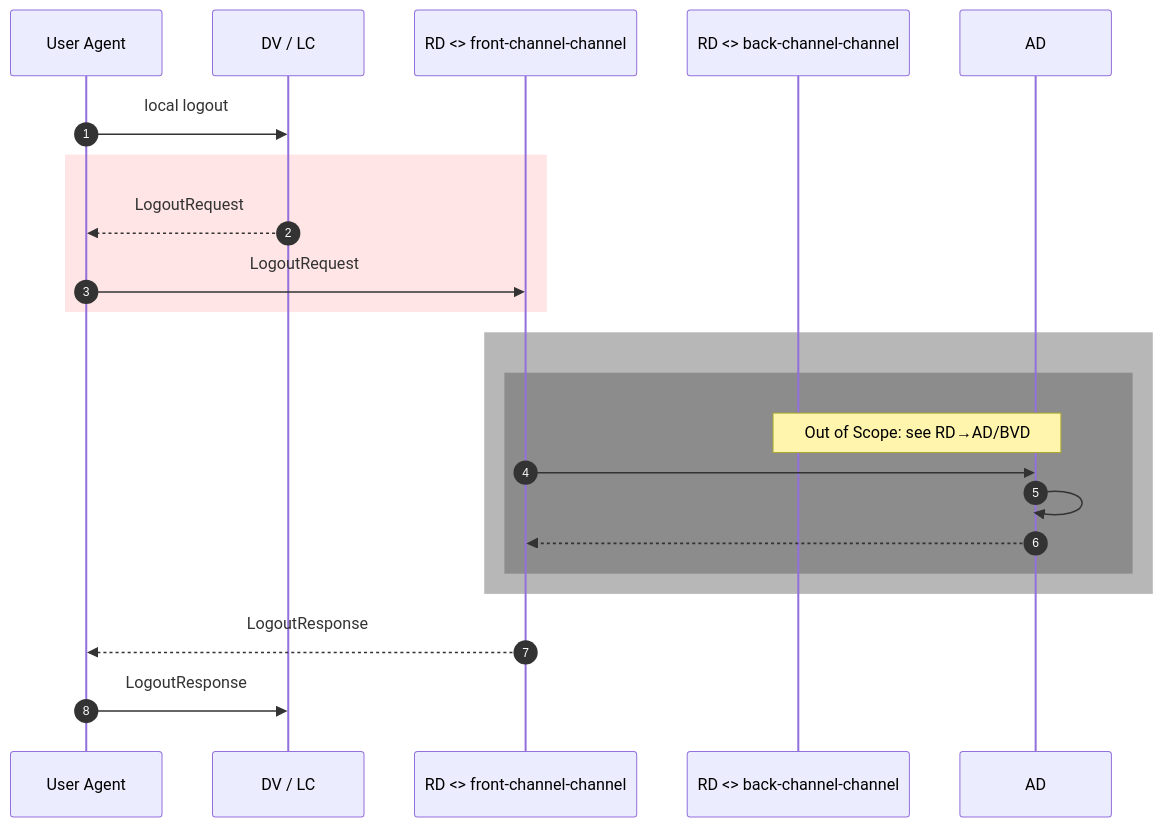
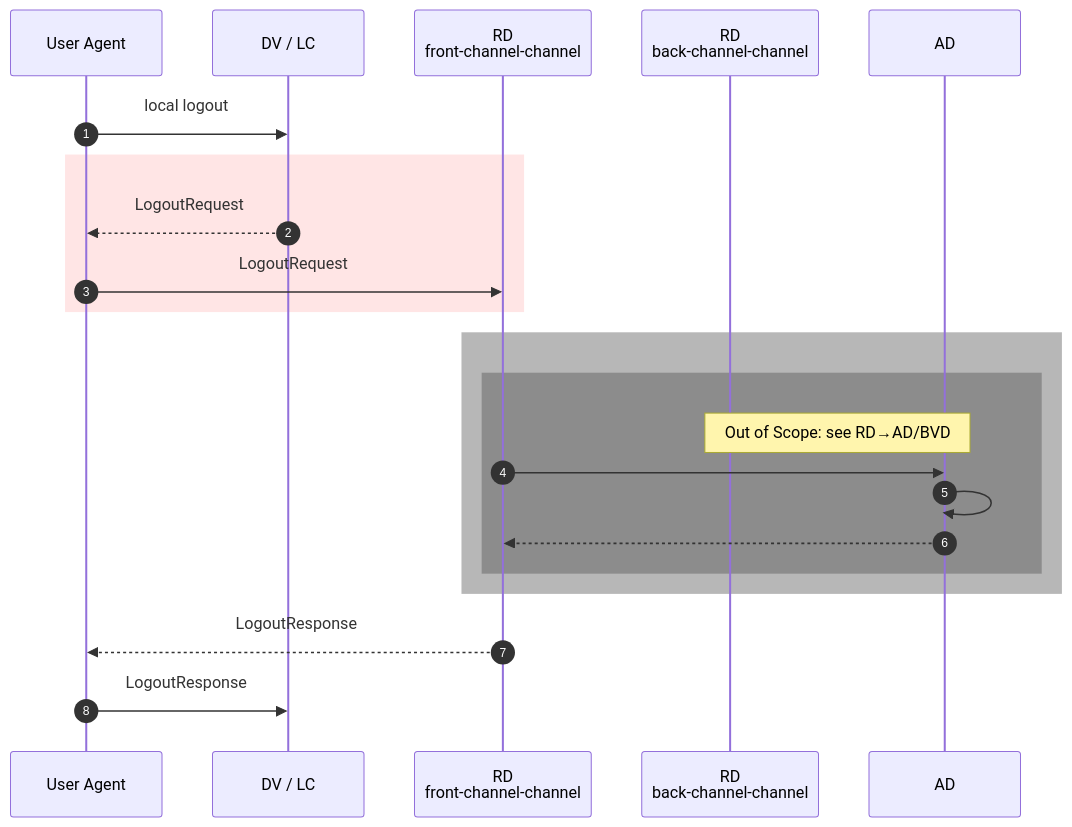
Before and after one commit to Logius-standaarden/st-saml-spec: the diagram in media/logout-request-dv-lc-rd.mermaid, drawn with Mermaid. The commit also changed 12 other files, not shown here.

Commit message:
Beheer: gebruik newlines in Mermaid diagrammen

```diff
--- a/media/logout-request-dv-lc-rd.mermaid
+++ b/media/logout-request-dv-lc-rd.mermaid
@@ -1,26 +1,26 @@
 %%{init: {
     "themeVariables": {"fontSize": "24px"},
     "sequence": {"boxMargin": 20}
 }}%%
 sequenceDiagram
 autonumber
 participant A as User Agent
 participant B as DV / LC
-participant C as RD <> front-channel-channel
-participant D as RD <> back-channel-channel
+participant C as RD <br /> front-channel-channel
+participant D as RD <br /> back-channel-channel
 participant E as AD
 A->>B: local logout
 rect rgba(255,0,0,.1)
     B-->>A: LogoutRequest
     A->>C: LogoutRequest
 end
 rect rgba(75, 75, 75,.4)
 rect rgba(75, 75, 75,.4)
     Note over D,E:  Out of Scope: see RD#8594;AD/BVD
     C->>E:
     E->>E:
     E-->>C:
 end
 end
 C-->>A: LogoutResponse
 A->>B: LogoutResponse
```
